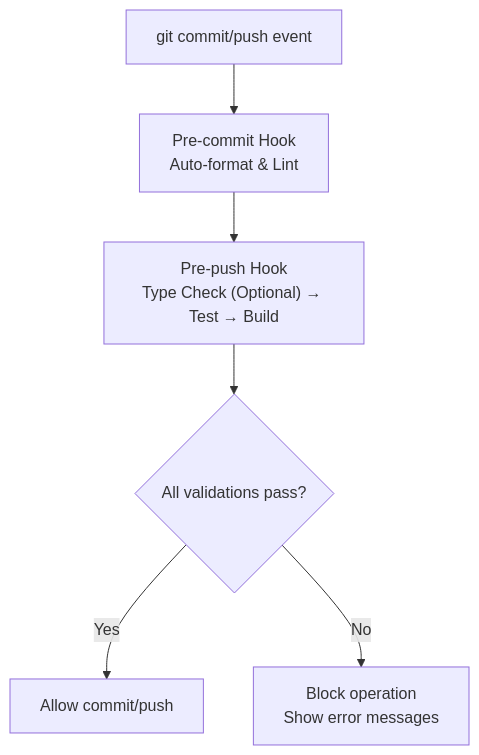
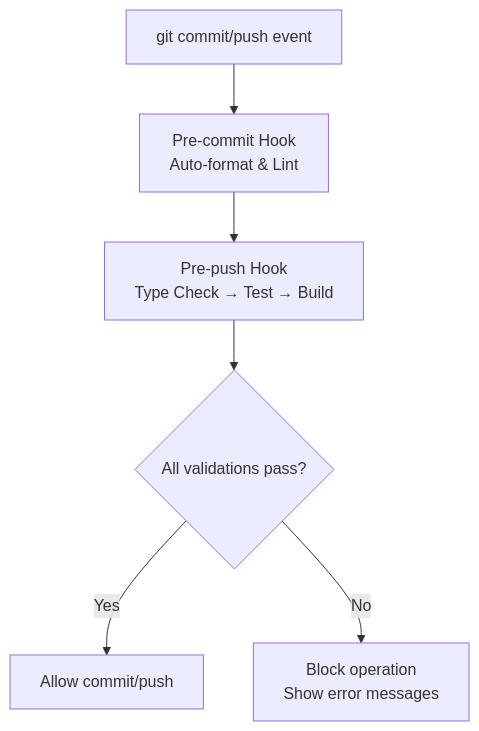
One commit to DoVuDung/cv-portfolio-builder changed diagram 11 of 12 in .qoder/repowiki/en/content/Core Architecture/Build Configuration/Build Configuration.md. Above: the diagram before and after it, drawn with Mermaid. The commit also changed other lines of this file and 4 other files, not shown here.

````diff
--- a/.qoder/repowiki/en/content/Core Architecture/Build Configuration/Build Configuration.md
+++ b/.qoder/repowiki/en/content/Core Architecture/Build Configuration/Build Configuration.md
@@ -473,8 +569,8 @@
 ```mermaid
 flowchart TD
 CommitEvent["git commit/push event"] --> PreCommit["Pre-commit Hook<br/>Auto-format & Lint"]
-PreCommit --> PrePush["Pre-push Hook<br/>Type Check (Optional) → Test → Build"]
+PreCommit --> PrePush["Pre-push Hook<br/>Type Check → Test → Build"]
 PrePush --> Validation{"All validations pass?"}
 Validation --> |Yes| Allow["Allow commit/push"]
 Validation --> |No| Block["Block operation<br/>Show error messages"]
 ```
````
